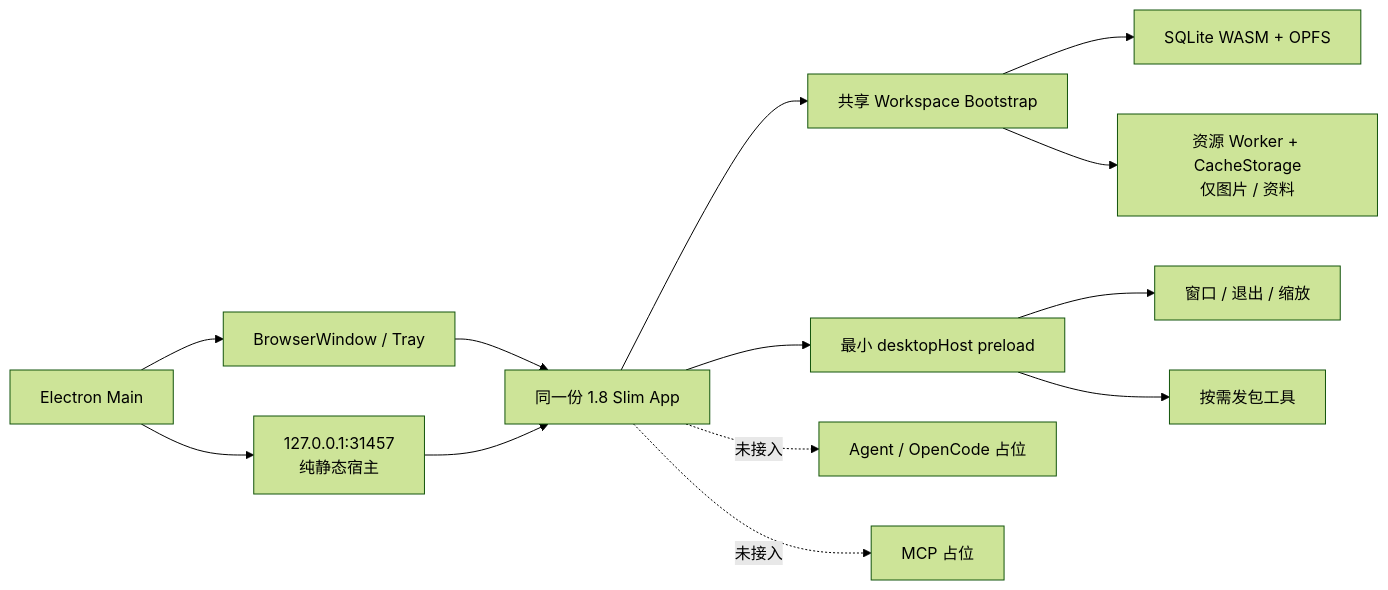
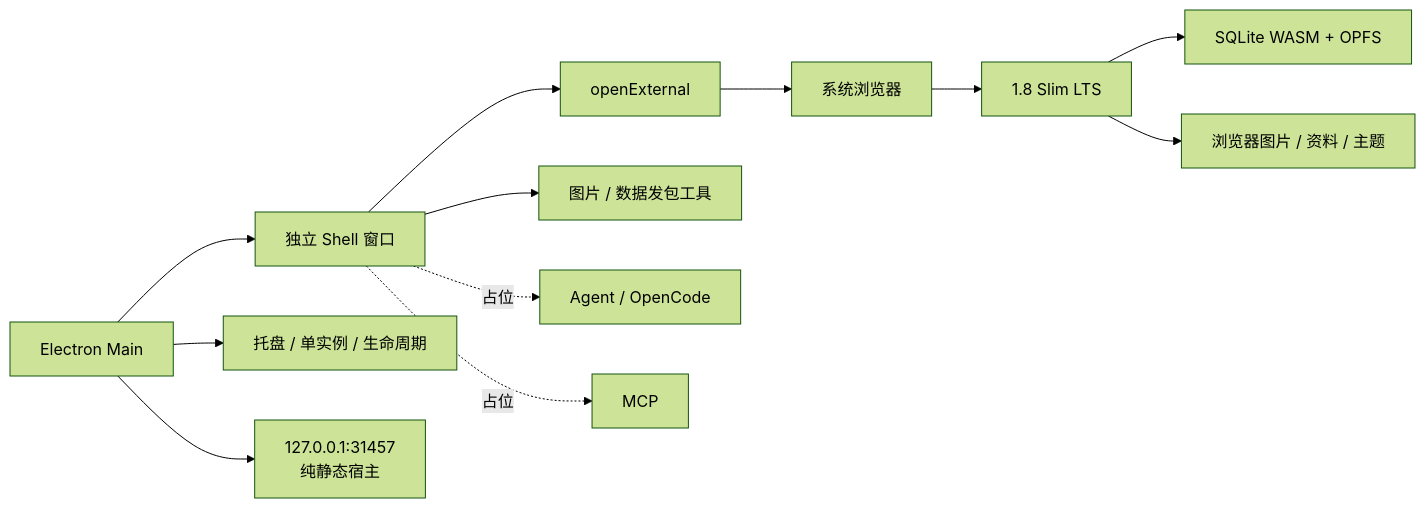
One commit to Pandluto/dmg-end-field changed the diagram in docs/architecture/audits/v1.8-slim-electron-shell-migration-20260806.md. Above: the diagram before and after it, drawn with Mermaid (forest theme). The commit also changed other lines of this file and 24 other files, not shown here.

Commit message:
fix(desktop): restore independent browser shell

````diff
--- a/docs/architecture/audits/v1.8-slim-electron-shell-migration-20260806.md
+++ b/docs/architecture/audits/v1.8-slim-electron-shell-migration-20260806.md
@@ -78,15 +22,14 @@
 ```mermaid
 flowchart LR
-  Main["Electron Main"] --> Window["BrowserWindow / Tray"]
+  Main["Electron Main"] --> ShellWindow["独立 Shell 窗口"]
+  Main --> Tray["托盘 / 单实例 / 生命周期"]
   Main --> Host["127.0.0.1:31457<br/>纯静态宿主"]
-  Window --> App["同一份 1.8 Slim App"]
-  Host --> App
-  App --> Workspace["共享 Workspace Bootstrap"]
-  Workspace --> SQLite["SQLite WASM + OPFS"]
-  Workspace --> Cache["资源 Worker + CacheStorage<br/>仅图片 / 资料"]
-  App --> Bridge["最小 desktopHost preload"]
-  Bridge --> Shell["窗口 / 退出 / 缩放"]
-  Bridge --> Release["按需发包工具"]
-  App -. "未接入" .-> Agent["Agent / OpenCode 占位"]
-  App -. "未接入" .-> MCP["MCP 占位"]
+  ShellWindow --> Open["openExternal"]
+  Open --> Browser["系统浏览器"]
+  Browser --> Slim["1.8 Slim LTS"]
+  Slim --> SQLite["SQLite WASM + OPFS"]
+  Slim --> Resources["浏览器图片 / 资料 / 主题"]
+  ShellWindow --> Release["图片 / 数据发包工具"]
+  ShellWindow -. "占位" .-> Agent["Agent / OpenCode"]
+  ShellWindow -. "占位" .-> MCP["MCP"]
 ```
````
